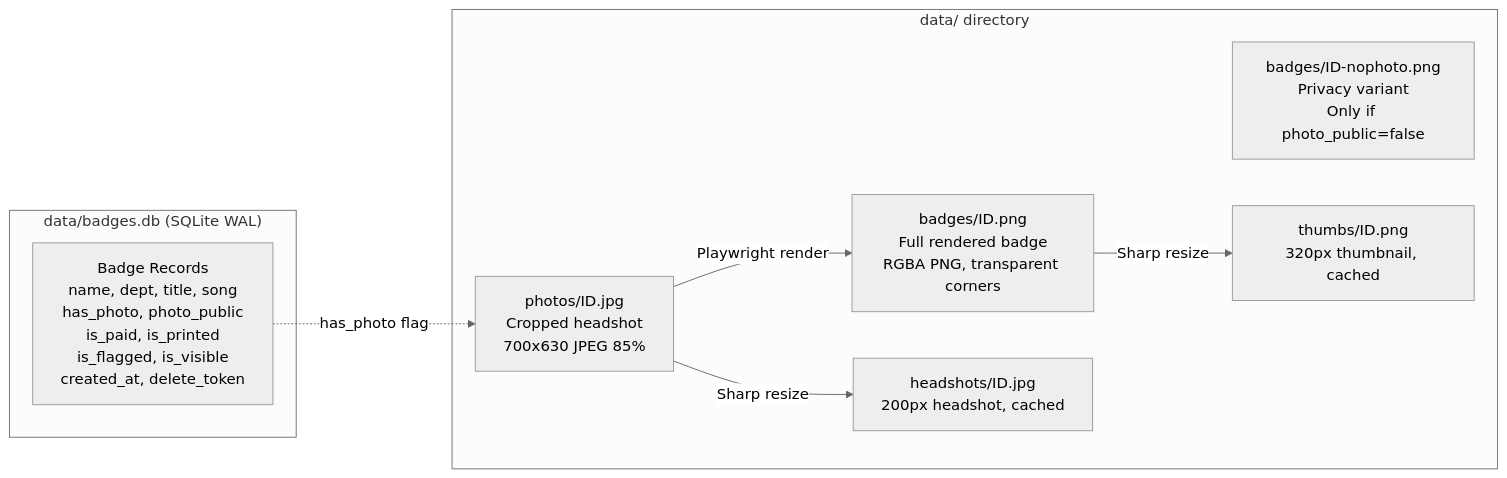
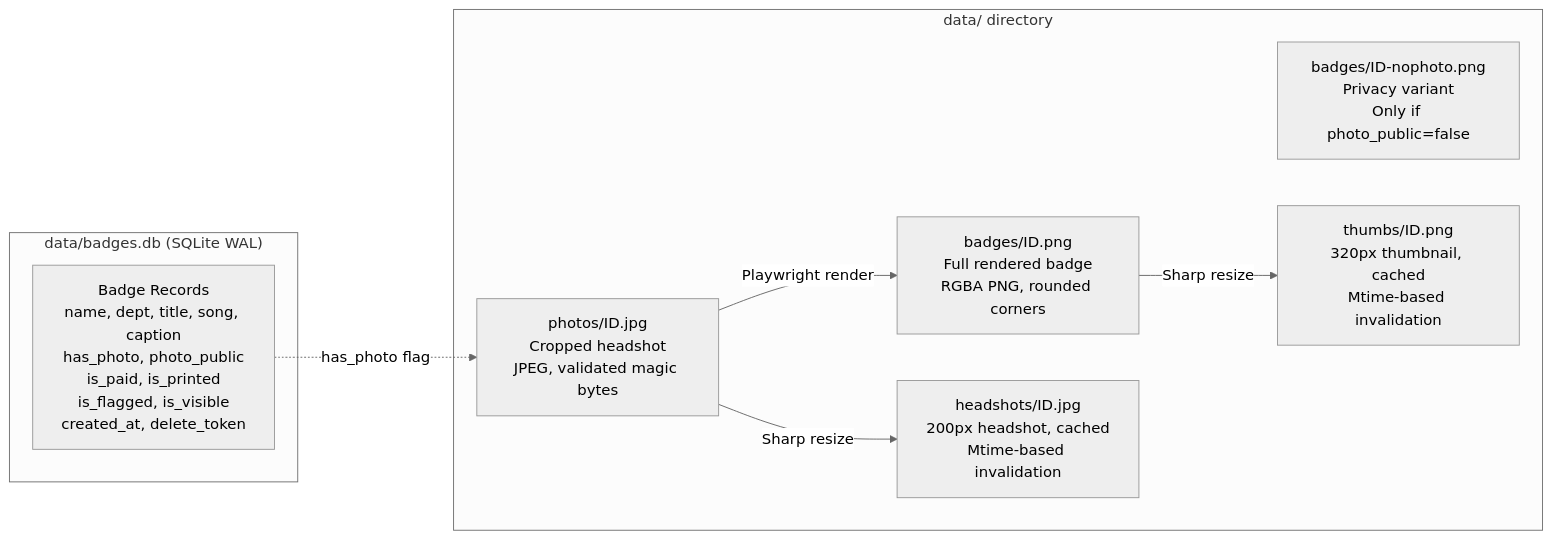
The third of 3 diagrams in README.md (diamondluke-1220/hd-badge), drawn with Mermaid (neutral theme) before and after one commit. The commit also changed other lines of this file, not shown here.

First line of the commit message:
Update README to reflect current architecture and features

````diff
--- a/README.md
+++ b/README.md
@@ -219,19 +225,19 @@
 ```mermaid
 graph LR
     subgraph SQLite ["data/badges.db (SQLite WAL)"]
-        DB[Badge Records<br/>name, dept, title, song<br/>has_photo, photo_public<br/>is_paid, is_printed<br/>is_flagged, is_visible<br/>created_at, delete_token]
+        DB[Badge Records<br/>name, dept, title, song, caption<br/>has_photo, photo_public<br/>is_paid, is_printed<br/>is_flagged, is_visible<br/>created_at, delete_token]
     end
 
     subgraph Filesystem ["data/ directory"]
-        PH[photos/ID.jpg<br/>Cropped headshot<br/>700x630 JPEG 85%]
-        BD[badges/ID.png<br/>Full rendered badge<br/>RGBA PNG, transparent corners]
+        PH[photos/ID.jpg<br/>Cropped headshot<br/>JPEG, validated magic bytes]
+        BD[badges/ID.png<br/>Full rendered badge<br/>RGBA PNG, rounded corners]
         NP[badges/ID-nophoto.png<br/>Privacy variant<br/>Only if photo_public=false]
-        TH[thumbs/ID.png<br/>320px thumbnail, cached]
-        HS[headshots/ID.jpg<br/>200px headshot, cached]
+        TH[thumbs/ID.png<br/>320px thumbnail, cached<br/>Mtime-based invalidation]
+        HS[headshots/ID.jpg<br/>200px headshot, cached<br/>Mtime-based invalidation]
     end
 
     DB -.->|has_photo flag| PH
     PH -->|Playwright render| BD
     BD -->|Sharp resize| TH
     PH -->|Sharp resize| HS
 ```
````
